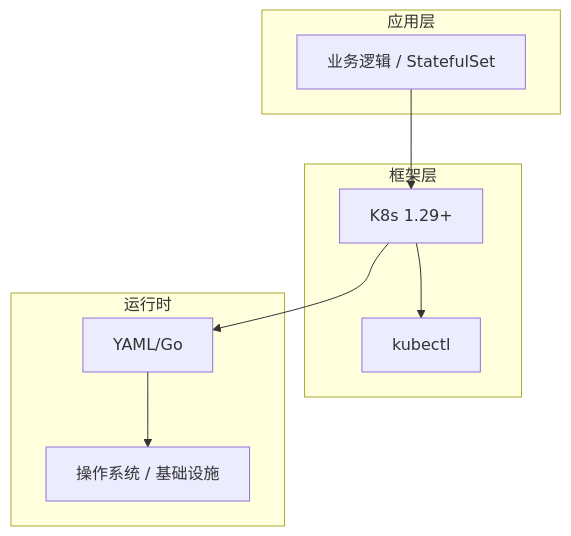
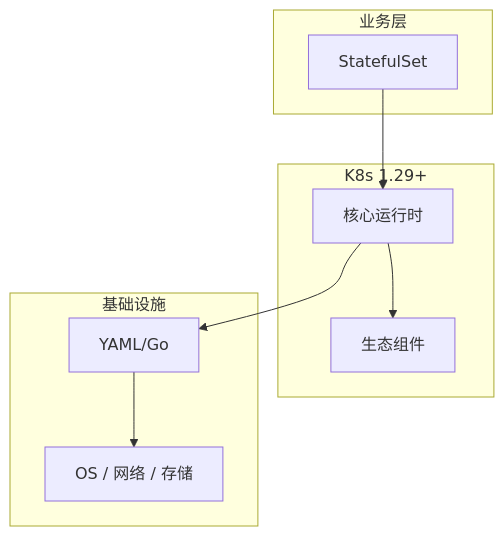
Before and after one commit to yanggan2015/knowledge-json-v2: the diagram in articles/Kubernetes/chapters/081-StatefulSet核心概念与原理.md, drawn with Mermaid. The commit also changed other lines of this file and 10127 other files, not shown here.

````diff
--- a/articles/Kubernetes/chapters/081-StatefulSet核心概念与原理.md
+++ b/articles/Kubernetes/chapters/081-StatefulSet核心概念与原理.md
@@ -45,18 +34,18 @@
 ```mermaid
 graph TB
-    subgraph 应用层
-        A[业务逻辑 / StatefulSet]
+    subgraph 业务层
+        A[StatefulSet]
     end
-    subgraph 框架层
-        B[K8s 1.29+]
-        C[kubectl]
+    subgraph K8s 1.29+
+        B[核心运行时]
+        C[生态组件]
     end
-    subgraph 运行时
+    subgraph 基础设施
         D[YAML/Go]
-        E[操作系统 / 基础设施]
+        E[OS / 网络 / 存储]
     end
     A --> B
     B --> C
     B --> D
     D --> E
 ```
````
